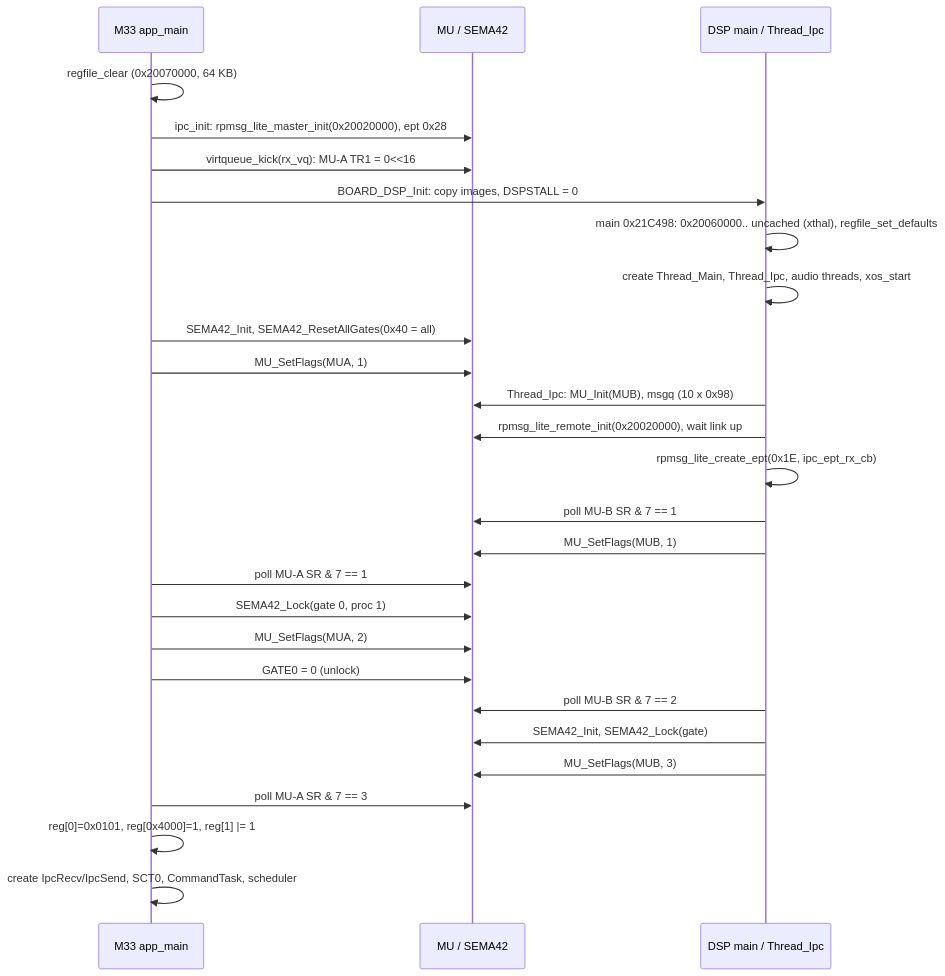
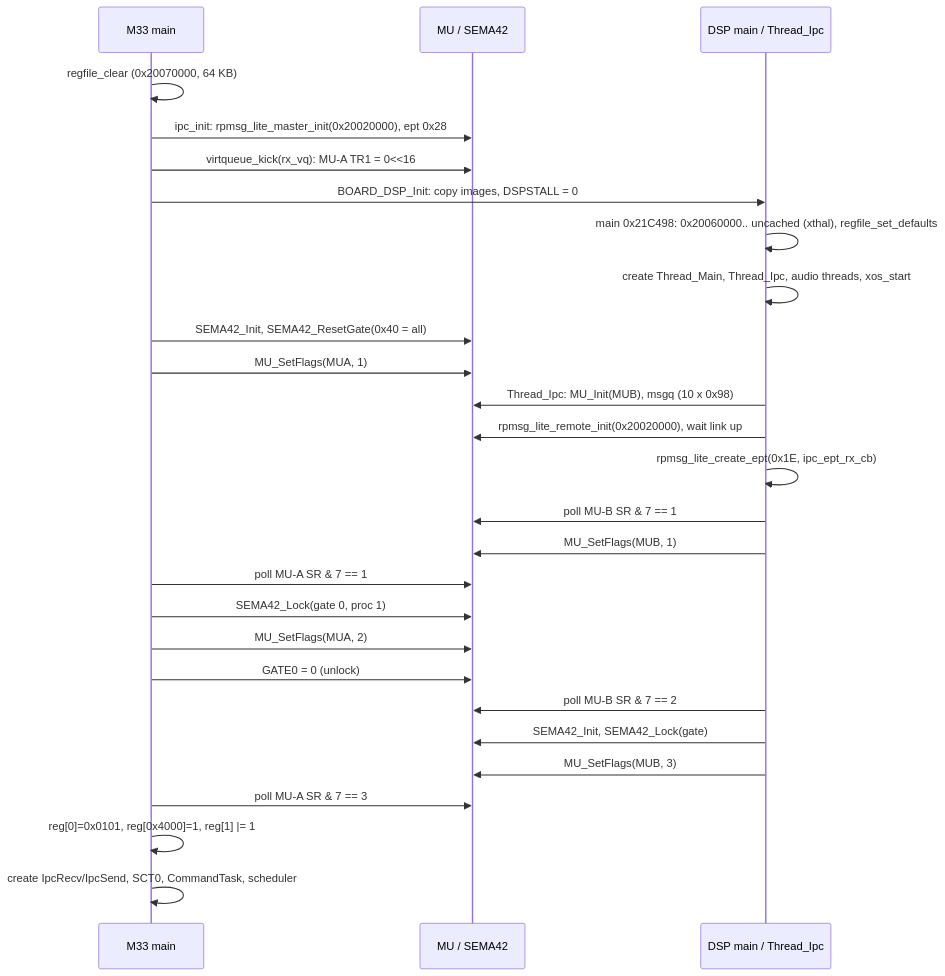
One commit to Reid-n0rc/FT-710_Firmware changed the second of 4 diagrams in docs/code/ifdsp/ipc.md. Above: the diagram before and after it, drawn with Mermaid. The commit also changed other lines of this file and 8 other files, not shown here.

````diff
--- a/docs/code/ifdsp/ipc.md
+++ b/docs/code/ifdsp/ipc.md
@@ -111,29 +111,29 @@
 ```mermaid
 sequenceDiagram
-  participant M as M33 app_main
+  participant M as M33 main
   participant HW as MU / SEMA42
   participant D as DSP main / Thread_Ipc
   M->>M: regfile_clear (0x20070000, 64 KB)
   M->>HW: ipc_init: rpmsg_lite_master_init(0x20020000), ept 0x28
   M->>HW: virtqueue_kick(rx_vq): MU-A TR1 = 0<<16
   M->>D: BOARD_DSP_Init: copy images, DSPSTALL = 0
   D->>D: main 0x21C498: 0x20060000.. uncached (xthal), regfile_set_defaults
   D->>D: create Thread_Main, Thread_Ipc, audio threads, xos_start
-  M->>HW: SEMA42_Init, SEMA42_ResetAllGates(0x40 = all)
+  M->>HW: SEMA42_Init, SEMA42_ResetGate(0x40 = all)
   M->>HW: MU_SetFlags(MUA, 1)
   D->>HW: Thread_Ipc: MU_Init(MUB), msgq (10 x 0x98)
   D->>HW: rpmsg_lite_remote_init(0x20020000), wait link up
   D->>D: rpmsg_lite_create_ept(0x1E, ipc_ept_rx_cb)
   D->>HW: poll MU-B SR & 7 == 1
   D->>HW: MU_SetFlags(MUB, 1)
   M->>HW: poll MU-A SR & 7 == 1
   M->>HW: SEMA42_Lock(gate 0, proc 1)
   M->>HW: MU_SetFlags(MUA, 2)
   M->>HW: GATE0 = 0 (unlock)
   D->>HW: poll MU-B SR & 7 == 2
   D->>HW: SEMA42_Init, SEMA42_Lock(gate)
   D->>HW: MU_SetFlags(MUB, 3)
   M->>HW: poll MU-A SR & 7 == 3
   M->>M: reg[0]=0x0101, reg[0x4000]=1, reg[1] |= 1
   M->>M: create IpcRecv/IpcSend, SCT0, CommandTask, scheduler
 ```
````
